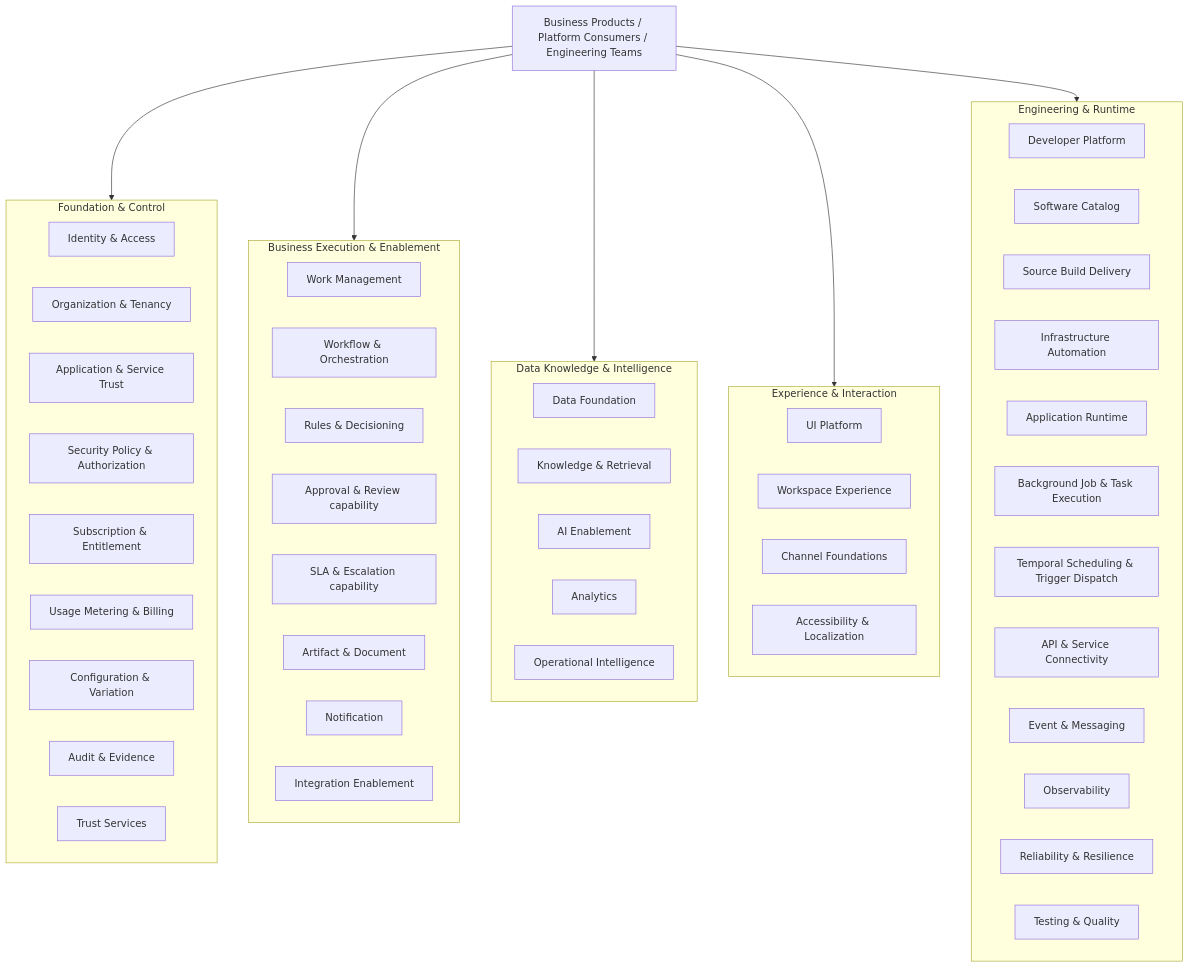
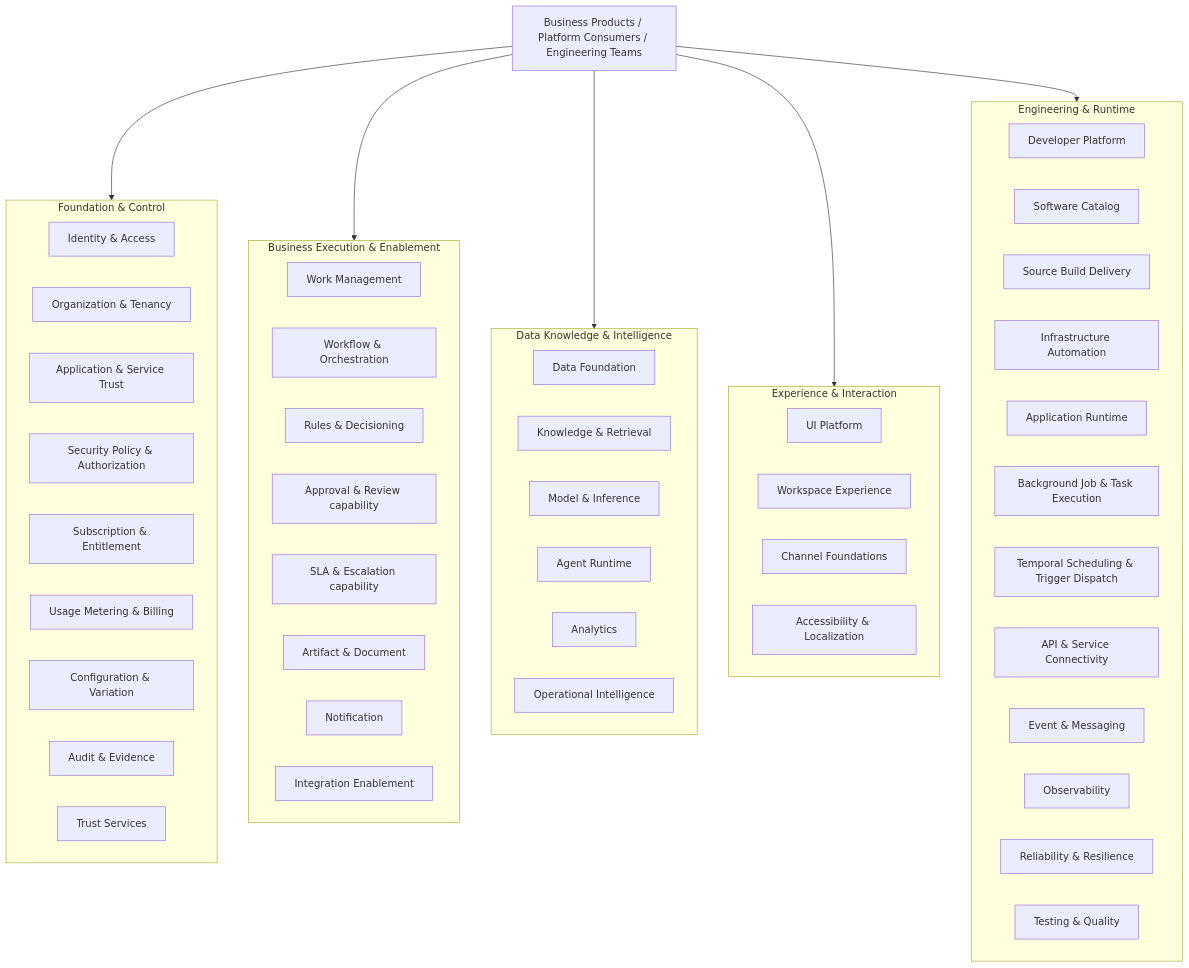
Before and after one commit to anshacerbia2/scnehaux-architecture: the diagram in 01-enterprise/EAD-005-enterprise-platform-architecture.md, drawn with Mermaid. The commit also changed other lines of this file and 30 other files, not shown here.

Commit message:
refine platform execution and AI architecture

````diff
--- a/01-enterprise/EAD-005-enterprise-platform-architecture.md
+++ b/01-enterprise/EAD-005-enterprise-platform-architecture.md
@@ -102,63 +103,64 @@
 ```mermaid
 graph TB
     CONSUMERS[Business Products / Platform Consumers / Engineering Teams]
 
     subgraph FC[Foundation & Control]
         IAM[Identity & Access]
         ORG[Organization & Tenancy]
         TRUST[Application & Service Trust]
         POLICY[Security Policy & Authorization]
         ENT[Subscription & Entitlement]
         BILL[Usage Metering & Billing]
         CONFIG[Configuration & Variation]
         AUDIT[Audit & Evidence]
         SECRETS[Trust Services]
     end
 
     subgraph BEE[Business Execution & Enablement]
         WORK[Work Management]
         FLOW[Workflow & Orchestration]
         RULES[Rules & Decisioning]
         APPROVAL[Approval & Review capability]
         SLA[SLA & Escalation capability]
         ART[Artifact & Document]
         NOTIF[Notification]
         INT[Integration Enablement]
     end
 
     subgraph DKI[Data Knowledge & Intelligence]
         DATA[Data Foundation]
         KNOW[Knowledge & Retrieval]
-        AI[AI Enablement]
+        MODEL[Model & Inference]
+        AGENT[Agent Runtime]
         ANALYTICS[Analytics]
         OI[Operational Intelligence]
     end
 
     subgraph EI[Experience & Interaction]
         UI[UI Platform]
         WX[Workspace Experience]
         CHANNEL[Channel Foundations]
         ACCESS[Accessibility & Localization]
     end
 
     subgraph ER[Engineering & Runtime]
         DEV[Developer Platform]
         CATALOG[Software Catalog]
         DELIVERY[Source Build Delivery]
         INFRA[Infrastructure Automation]
         RUNTIME[Application Runtime]
         JOB[Background Job & Task Execution]
         SCHED[Temporal Scheduling & Trigger Dispatch]
         CONNECT[API & Service Connectivity]
         MSG[Event & Messaging]
         OBS[Observability]
         REL[Reliability & Resilience]
         TEST[Testing & Quality]
     end
 
     CONSUMERS --> FC
     CONSUMERS --> BEE
     CONSUMERS --> DKI
     CONSUMERS --> EI
     CONSUMERS --> ER
 ```
````
